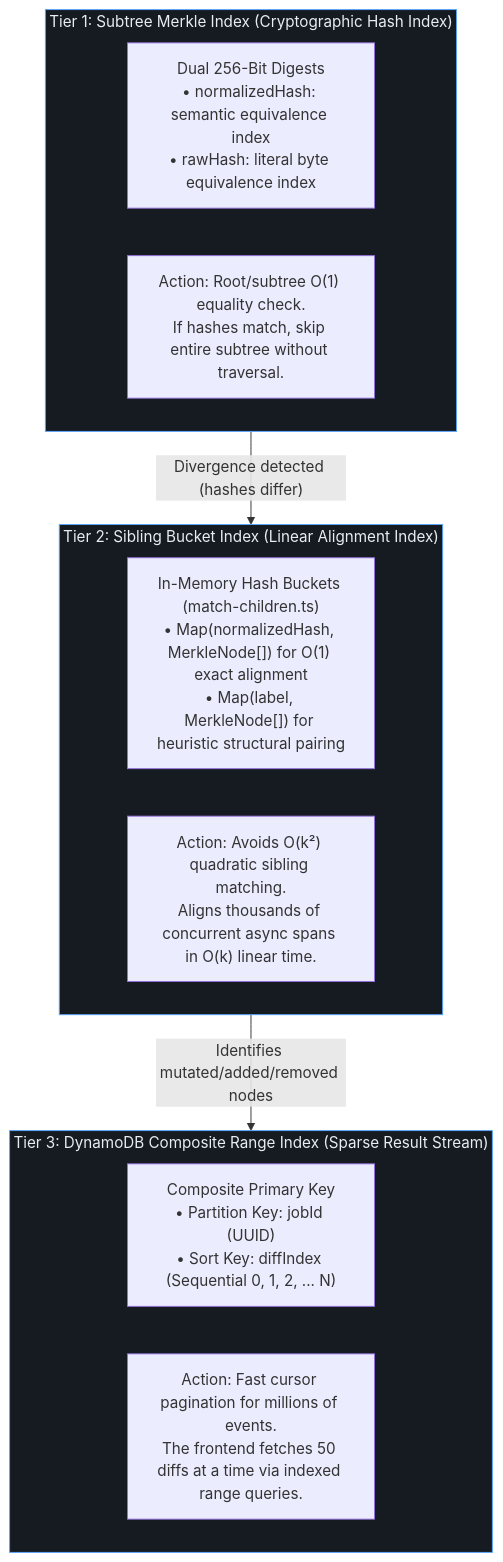
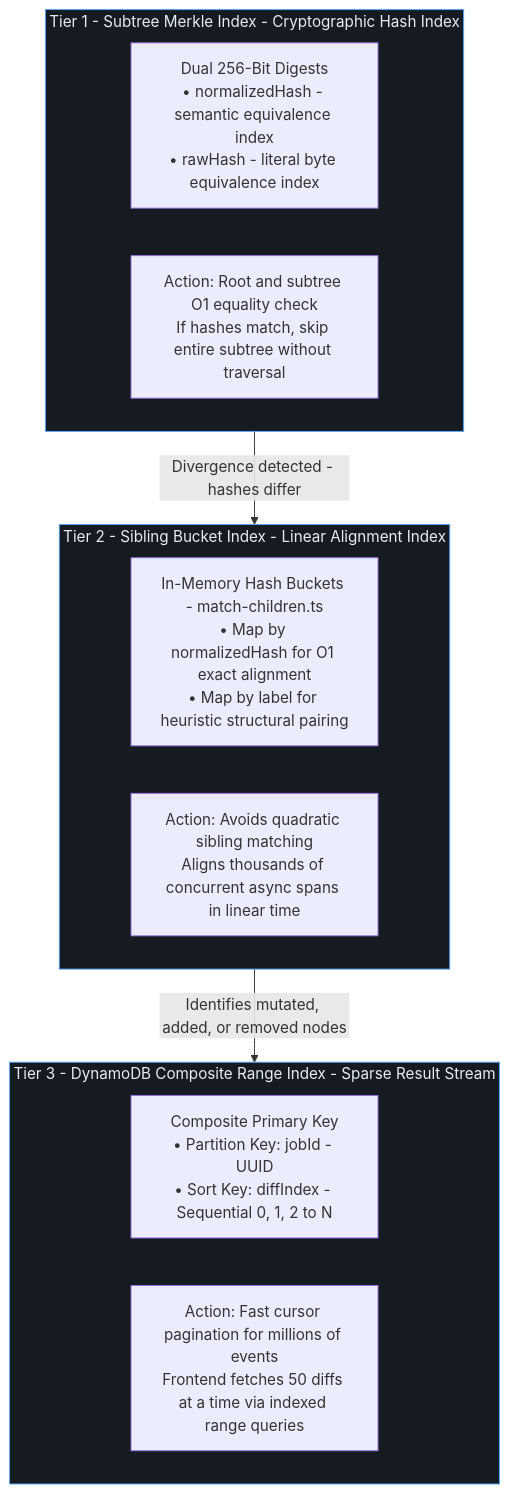
One commit to marsyg/TraceDiff changed diagram 19 of 20 in docs/architecture.md. Above: the diagram before and after it, drawn with Mermaid. The commit also changed other lines of this file, not shown here.

Commit message:
docs: sanitize section 5 and section 13 indexing diagram syntax

````diff
--- a/docs/architecture.md
+++ b/docs/architecture.md
@@ -813,23 +813,23 @@
 ```mermaid
 flowchart TD
-  subgraph Tier1["Tier 1: Subtree Merkle Index (Cryptographic Hash Index)"]
-    M_HASH["Dual 256-Bit Digests<br/>• normalizedHash: semantic equivalence index<br/>• rawHash: literal byte equivalence index"]
-    M_ACTION["Action: Root/subtree O(1) equality check.<br/>If hashes match, skip entire subtree without traversal."]
+  subgraph Tier1["Tier 1 - Subtree Merkle Index - Cryptographic Hash Index"]
+    M_HASH["Dual 256-Bit Digests<br/>• normalizedHash - semantic equivalence index<br/>• rawHash - literal byte equivalence index"]
+    M_ACTION["Action: Root and subtree O1 equality check<br/>If hashes match, skip entire subtree without traversal"]
   end
 
-  subgraph Tier2["Tier 2: Sibling Bucket Index (Linear Alignment Index)"]
-    S_MAP["In-Memory Hash Buckets (match-children.ts)<br/>• Map(normalizedHash, MerkleNode[]) for O(1) exact alignment<br/>• Map(label, MerkleNode[]) for heuristic structural pairing"]
-    S_ACTION["Action: Avoids O(k²) quadratic sibling matching.<br/>Aligns thousands of concurrent async spans in O(k) linear time."]
+  subgraph Tier2["Tier 2 - Sibling Bucket Index - Linear Alignment Index"]
+    S_MAP["In-Memory Hash Buckets - match-children.ts<br/>• Map by normalizedHash for O1 exact alignment<br/>• Map by label for heuristic structural pairing"]
+    S_ACTION["Action: Avoids quadratic sibling matching<br/>Aligns thousands of concurrent async spans in linear time"]
   end
 
-  subgraph Tier3["Tier 3: DynamoDB Composite Range Index (Sparse Result Stream)"]
-    D_KEY["Composite Primary Key<br/>• Partition Key: jobId (UUID)<br/>• Sort Key: diffIndex (Sequential 0, 1, 2, ... N)"]
-    D_ACTION["Action: Fast cursor pagination for millions of events.<br/>The frontend fetches 50 diffs at a time via indexed range queries."]
+  subgraph Tier3["Tier 3 - DynamoDB Composite Range Index - Sparse Result Stream"]
+    D_KEY["Composite Primary Key<br/>• Partition Key: jobId - UUID<br/>• Sort Key: diffIndex - Sequential 0, 1, 2 to N"]
+    D_ACTION["Action: Fast cursor pagination for millions of events<br/>Frontend fetches 50 diffs at a time via indexed range queries"]
   end
 
-  Tier1 -->|"Divergence detected (hashes differ)"| Tier2
-  Tier2 -->|"Identifies mutated/added/removed nodes"| Tier3
+  Tier1 -->|"Divergence detected - hashes differ"| Tier2
+  Tier2 -->|"Identifies mutated, added, or removed nodes"| Tier3
 
   classDef tier fill:#161b22,stroke:#58a6ff,color:#e6edf3
   class Tier1,Tier2,Tier3 tier
 ```
````
